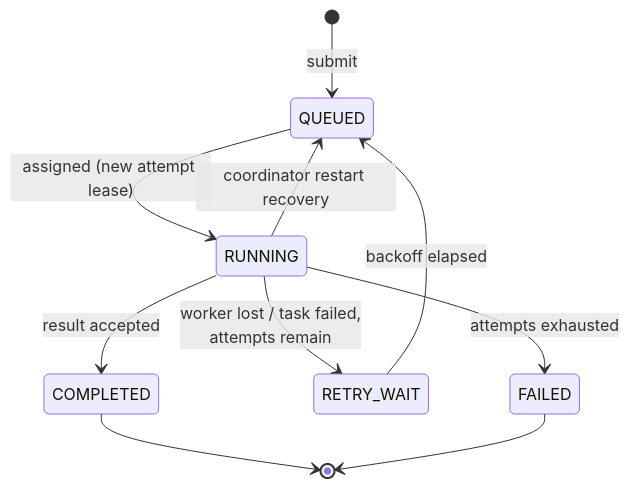
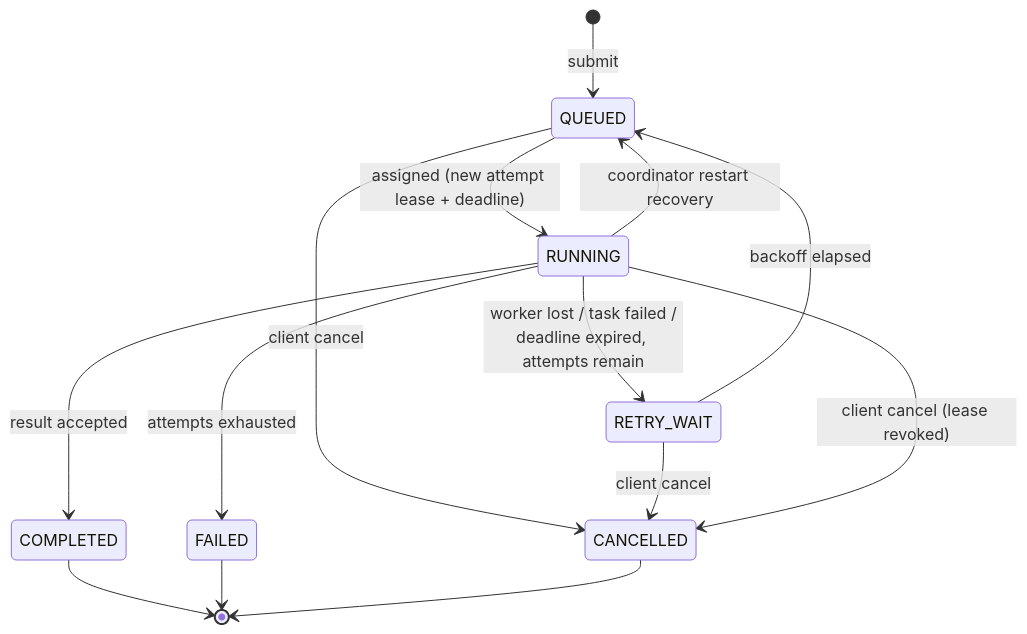
Before and after one commit to achraf059/distributed-task-processor: the second of 2 diagrams in README.md, drawn with Mermaid. The commit also changed other lines of this file and 4 other files, not shown here.

````diff
--- a/README.md
+++ b/README.md
@@ -72,12 +72,16 @@
 ```mermaid
 stateDiagram-v2
     [*] --> QUEUED : submit
-    QUEUED --> RUNNING : assigned (new attempt lease)
+    QUEUED --> RUNNING : assigned (new attempt lease + deadline)
     RUNNING --> COMPLETED : result accepted
-    RUNNING --> RETRY_WAIT : worker lost / task failed,<br/>attempts remain
+    RUNNING --> RETRY_WAIT : worker lost / task failed /<br/>deadline expired, attempts remain
     RUNNING --> FAILED : attempts exhausted
     RUNNING --> QUEUED : coordinator restart recovery
     RETRY_WAIT --> QUEUED : backoff elapsed
+    QUEUED --> CANCELLED : client cancel
+    RETRY_WAIT --> CANCELLED : client cancel
+    RUNNING --> CANCELLED : client cancel (lease revoked)
     COMPLETED --> [*]
     FAILED --> [*]
+    CANCELLED --> [*]
 ```
````
